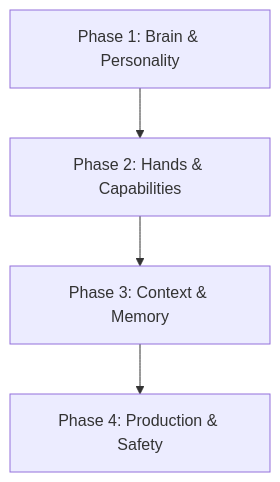
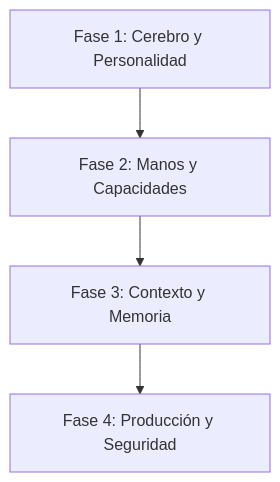
The diagram in ai-agents/README.md (gonzoblasco/ai-developer-stack), drawn with Mermaid before and after one commit. The commit also changed other lines of this file and 2 other files, not shown here.

````diff
--- a/ai-agents/README.md
+++ b/ai-agents/README.md
@@ -13,6 +13,6 @@
 ```mermaid
 graph TD
-    A[Phase 1: Brain & Personality] --> B[Phase 2: Hands & Capabilities]
-    B --> C[Phase 3: Context & Memory]
-    C --> D[Phase 4: Production & Safety]
+    A[Fase 1: Cerebro y Personalidad] --> B[Fase 2: Manos y Capacidades]
+    B --> C[Fase 3: Contexto y Memoria]
+    C --> D[Fase 4: Producción y Seguridad]
 ```
````
